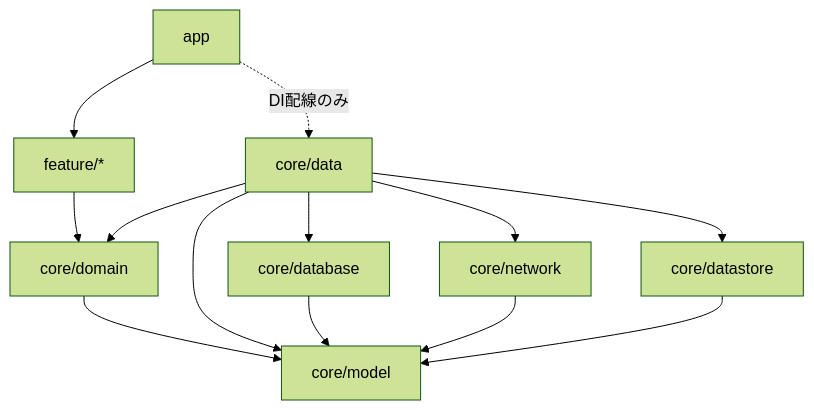
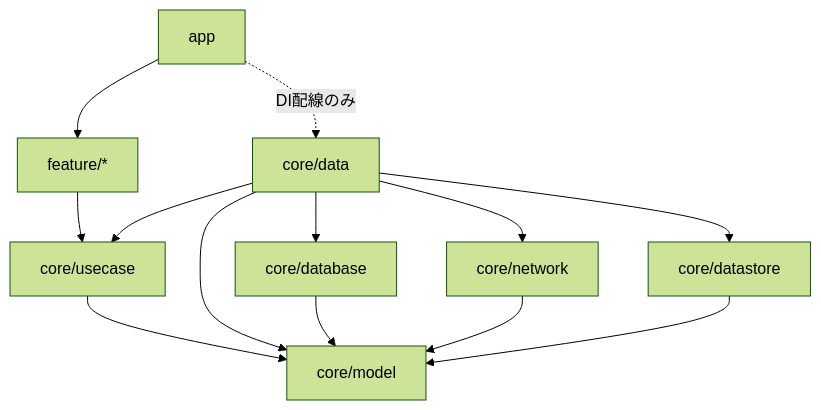
One commit to kimuraSE/nowinandroid-clean-architecture changed the diagram in docs/architecture/clean-architecture.md. Above: the diagram before and after it, drawn with Mermaid (forest theme). The commit also changed other lines of this file and 134 other files, not shown here.

First line of the commit message:
refactor(core): :core:domain を :core:usecase へリネーム（UseCase 層を名前で明示）

````diff
--- a/docs/architecture/clean-architecture.md
+++ b/docs/architecture/clean-architecture.md
@@ -39,15 +39,15 @@
 ```mermaid
 graph TD
     app --> feature
     app -. DI配線のみ .-> data[core/data]
-    feature[feature/*] --> domain[core/domain]
+    feature[feature/*] --> domain[core/usecase]
     domain --> model[core/model]
     data --> domain
     data --> model
     database[core/database] --> model
     network[core/network] --> model
     datastore[core/datastore] --> model
     data --> database
     data --> network
     data --> datastore
 ```
````
